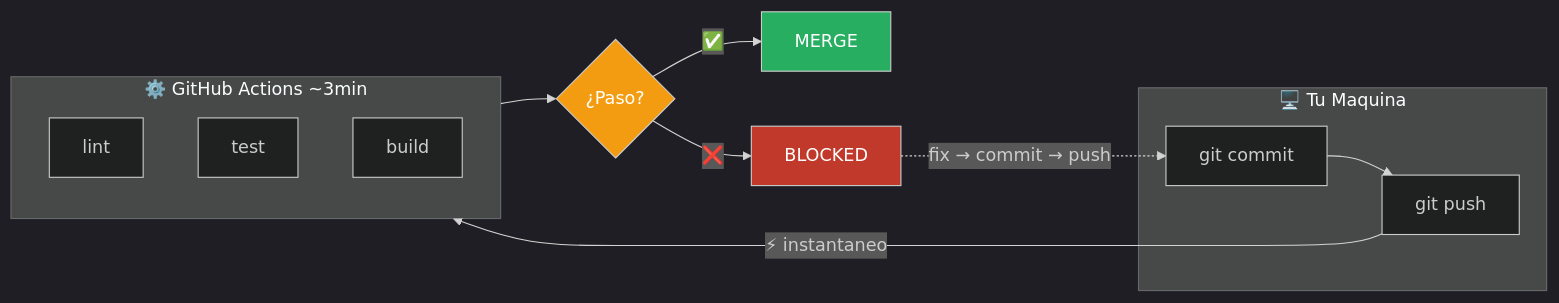
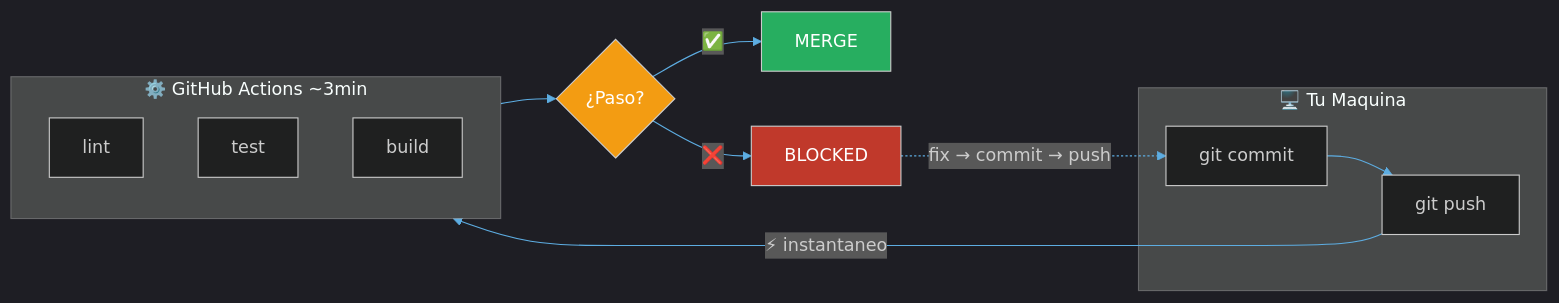
The second of 2 diagrams in presentations/onboarding/developer-workflow.md (developer-implementos/integration-presentations), drawn with Mermaid before and after one commit. The commit also changed 4 other files, not shown here.

First line of the commit message:
style(infrastructure-gcp): mejorar presentación de diagramas con mermaid

````diff
--- a/presentations/onboarding/developer-workflow.md
+++ b/presentations/onboarding/developer-workflow.md
@@ -488,22 +488,22 @@
 ```mermaid
-%%{init: {'theme': 'dark'}}%%
+%%{init: {'theme': 'dark', 'themeVariables': {'lineColor': '#5dade2'}}}%%
 flowchart LR
     subgraph TU["🖥️ Tu Maquina"]
         A["git commit"] --> B["git push"]
     end
 
     B -->|"⚡ instantaneo"| CI
 
     subgraph CI["⚙️ GitHub Actions ~3min"]
         C["lint"] & D["test"] & E["build"]
     end
 
     CI --> F{"¿Paso?"}
     F -->|"✅"| G["MERGE"]
     F -->|"❌"| H["BLOCKED"]
     H -.->|"fix → commit → push"| A
 
     style G fill:#27ae60,color:#fff
     style H fill:#c0392b,color:#fff
     style F fill:#f39c12,color:#fff
 ```
````
